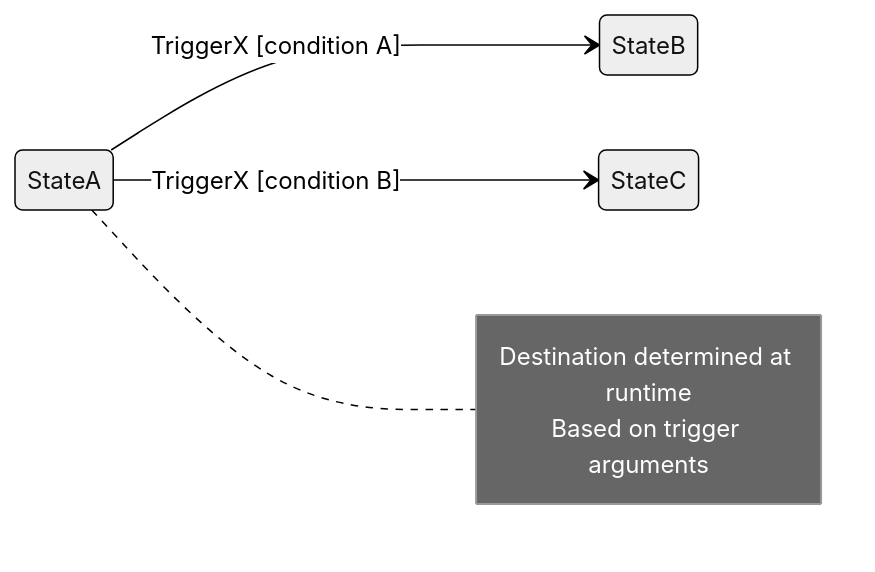
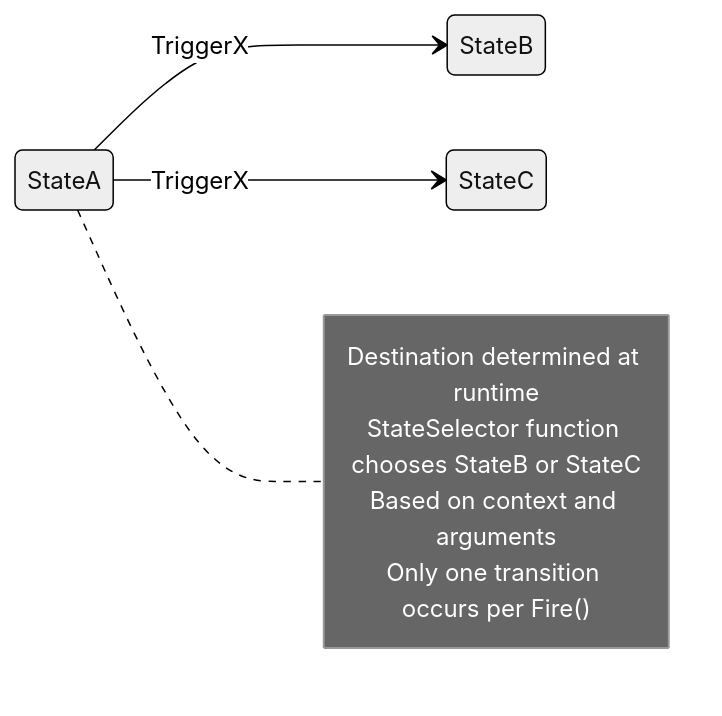
Before and after one commit to atlekbai/stateless: the seventh of 10 diagrams in README.md, drawn with Mermaid (neutral theme). The commit also changed other lines of this file, not shown here.

Commit message:
Refactor README to streamline Mermaid diagram examples and clarify guard conditions

````diff
--- a/README.md
+++ b/README.md
@@ -262,11 +238,13 @@
 ```mermaid
 stateDiagram-v2
     direction LR
-    StateA --> StateB: TriggerX [condition A]
-    StateA --> StateC: TriggerX [condition B]
+    StateA --> StateB: TriggerX
+    StateA --> StateC: TriggerX
 
     note right of StateA
         Destination determined at runtime
-        Based on trigger arguments
+        StateSelector function chooses StateB or StateC
+        Based on context and arguments
+        Only one transition occurs per Fire()
     end note
 ```
````
